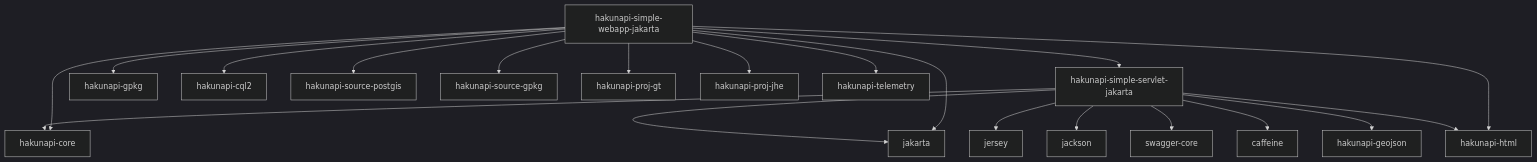
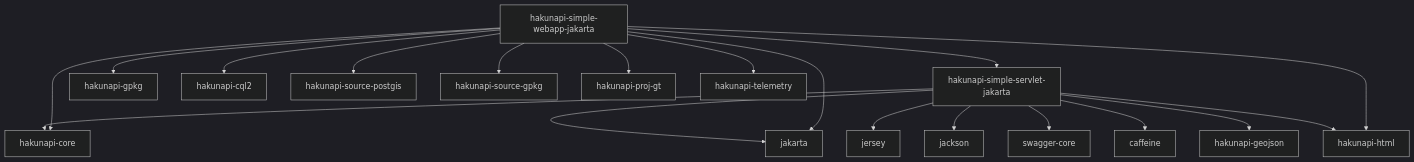
Before and after one commit to nlsfi/hakunapi: the third of 3 diagrams in docs/overview/modules.md, drawn with Mermaid (dark theme). The commit also changed other lines of this file and 60 other files, not shown here.

````diff
--- a/docs/overview/modules.md
+++ b/docs/overview/modules.md
@@ -174,25 +180,24 @@
 ```mermaid
 graph TD
     core[hakunapi-core]
 
     servlet[hakunapi-simple-servlet-jakarta] --> core
     servlet --> jakarta[jakarta]
     servlet --> jersey[jersey]
     servlet --> jackson[jackson]
     servlet --> swagger[swagger-core]
     servlet --> caffeine[caffeine]
     servlet --> geojson[hakunapi-geojson]
     servlet --> html[hakunapi-html]
 
     webapp[hakunapi-simple-webapp-jakarta] --> core
     webapp --> servlet
     webapp --> jakarta
     webapp --> html
     webapp --> gpkg[hakunapi-gpkg]
     webapp --> cql2[hakunapi-cql2]
     webapp --> postgis[hakunapi-source-postgis]
     webapp --> gpkg_source[hakunapi-source-gpkg]
     webapp --> proj_gt[hakunapi-proj-gt]
-    webapp --> proj_jhe[hakunapi-proj-jhe]
     webapp --> telemetry[hakunapi-telemetry]
 ```    
````
